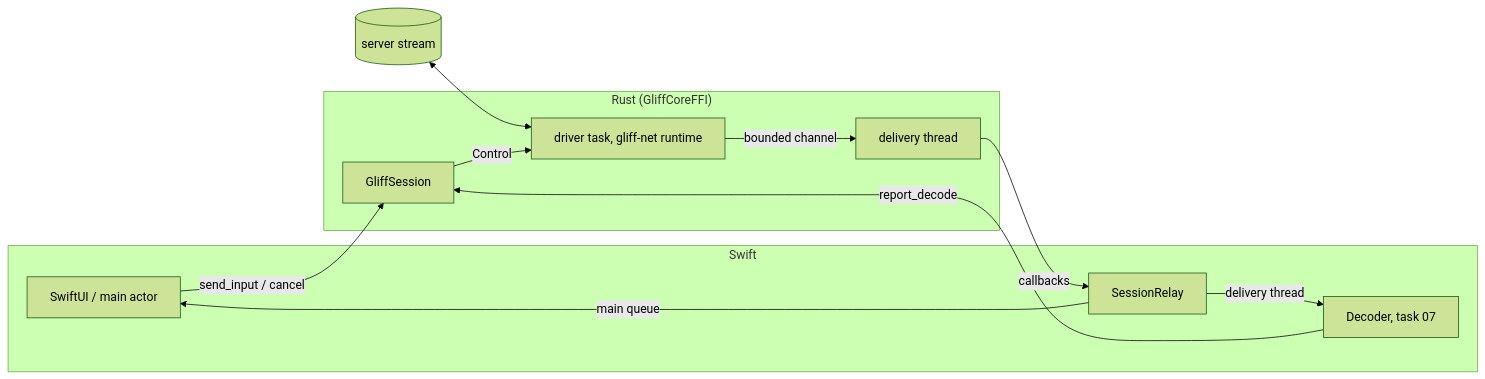
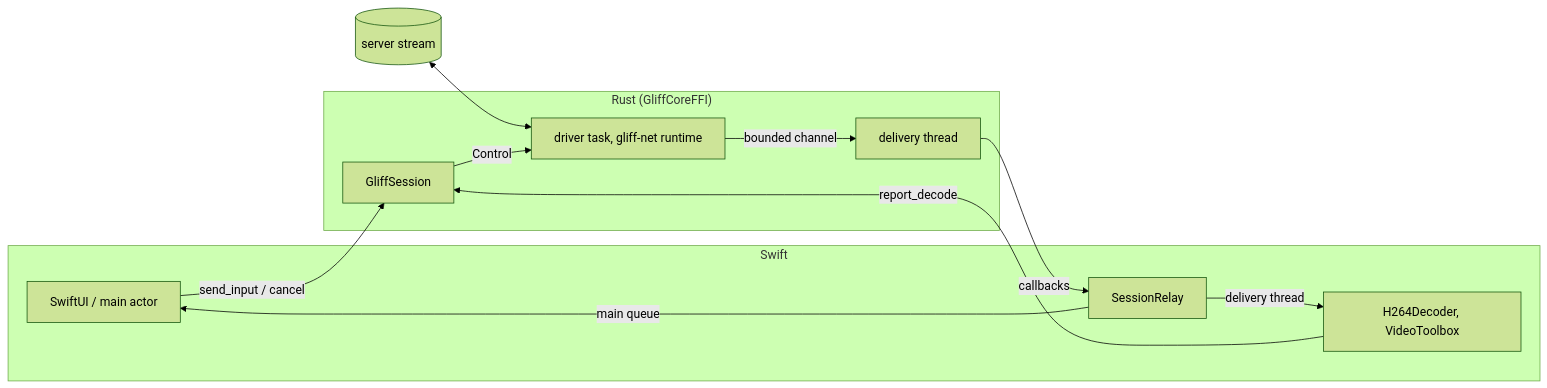
The diagram in docs/04-build-rust-swift-bridge/bridge-contract.md (Remi-B/gliff-mac), drawn with Mermaid (forest theme) before and after one commit. The commit also changed other lines of this file and 26 other files, not shown here.

First line of the commit message:
Decode and display live H.264 with VideoToolbox and Metal (task 07) (#8)

````diff
--- a/docs/04-build-rust-swift-bridge/bridge-contract.md
+++ b/docs/04-build-rust-swift-bridge/bridge-contract.md
@@ -10,22 +10,22 @@
 ```mermaid
 flowchart LR
     subgraph Swift
         UI[SwiftUI / main actor]
-        Dec[Decoder, task 07]
+        Dec[H264Decoder, VideoToolbox]
         Relay[SessionRelay]
     end
     subgraph Rust["Rust (GliffCoreFFI)"]
         Obj[GliffSession]
         Thr[delivery thread]
         Drv[driver task, gliff-net runtime]
     end
     Srv[(server stream)]
     Srv <--> Drv
     Drv -- bounded channel --> Thr
     Thr -- callbacks --> Relay
     Relay -- main queue --> UI
     Relay -- delivery thread --> Dec
     Dec -- report_decode --> Obj
     UI -- send_input / cancel --> Obj
     Obj -- Control --> Drv
 ```
````
